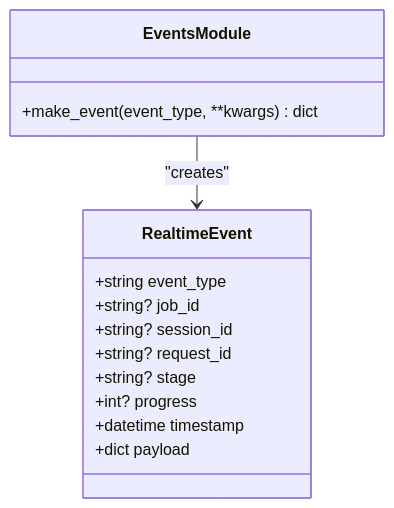
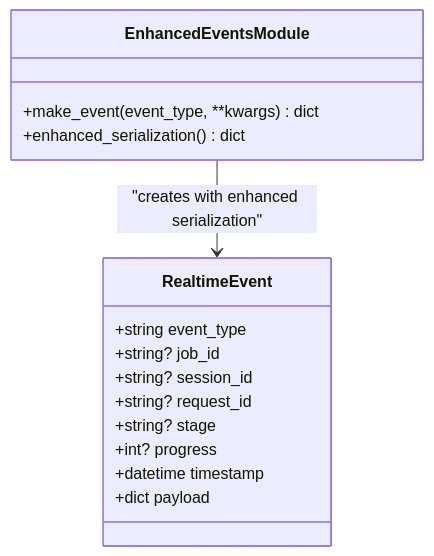
Before and after one commit to rohitkumarnaidu/-Auto-AI-Automated-Academic-Docx-Manuscript-Formatter: the third of 9 diagrams in .qoder/repowiki/en/content/Backend Development/Real-time Communication.md, drawn with Mermaid. The commit also changed other lines of this file and 6 other files, not shown here.

````diff
--- a/.qoder/repowiki/en/content/Backend Development/Real-time Communication.md
+++ b/.qoder/repowiki/en/content/Backend Development/Real-time Communication.md
@@ -140,17 +153,18 @@
 ```mermaid
 classDiagram
 class RealtimeEvent {
 +string event_type
 +string? job_id
 +string? session_id
 +string? request_id
 +string? stage
 +int? progress
 +datetime timestamp
 +dict payload
 }
-class EventsModule {
+class EnhancedEventsModule {
 +make_event(event_type, **kwargs) dict
++enhanced_serialization() dict
 }
-EventsModule --> RealtimeEvent : "creates"
+EnhancedEventsModule --> RealtimeEvent : "creates with enhanced serialization"
 ```
````
